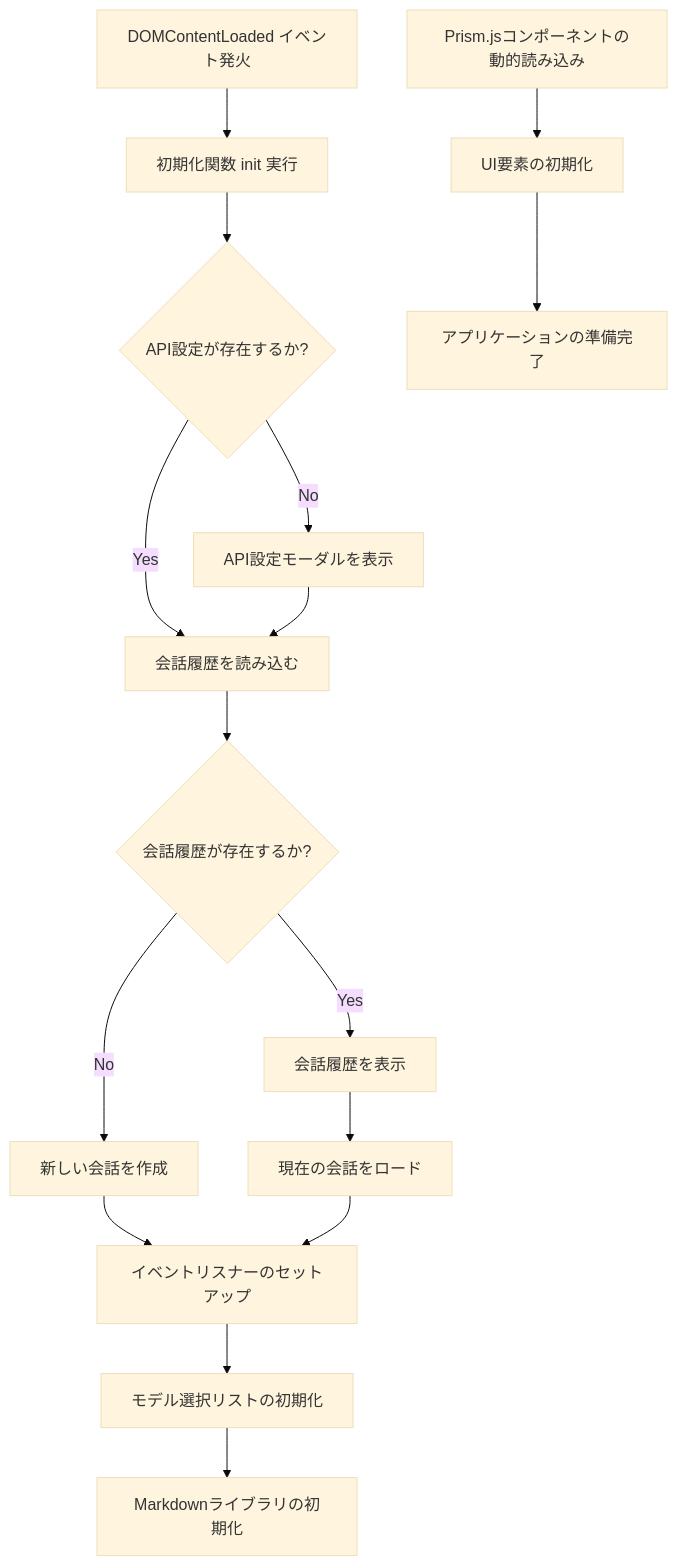
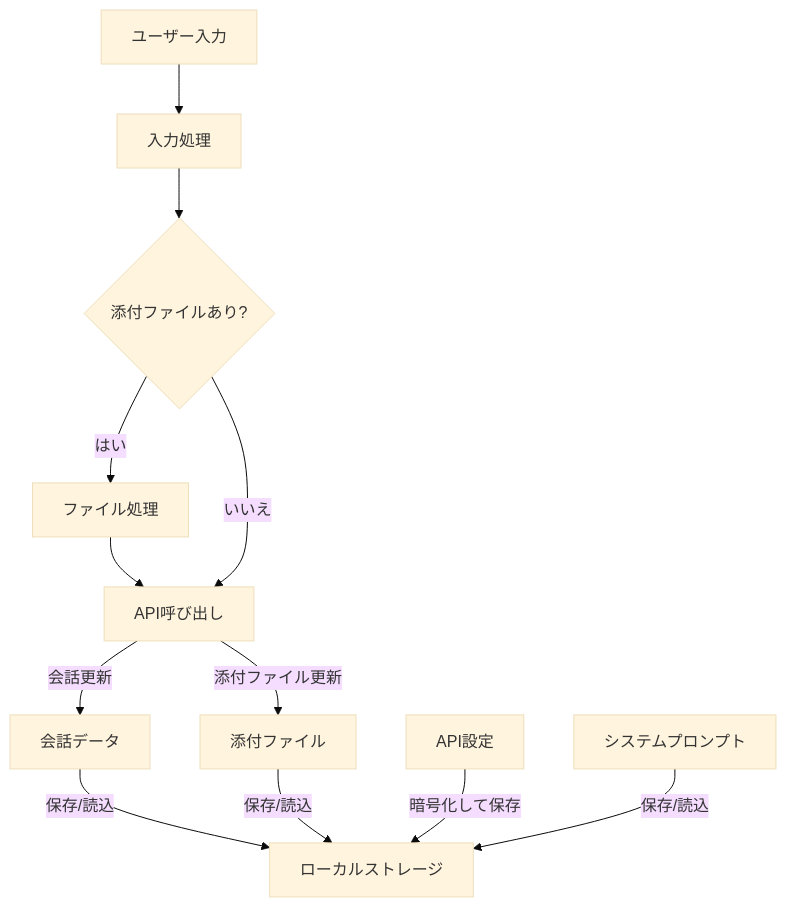
One commit to SuperPyonchiX/ChatBot changed the second of 9 diagrams in ChatBot_設計仕様書.md. Above: the diagram before and after it, drawn with Mermaid (base theme). The commit also changed other lines of this file, not shown here.

````diff
--- a/ChatBot_設計仕様書.md
+++ b/ChatBot_設計仕様書.md
@@ -284,18 +632,16 @@
 ```mermaid
 flowchart TD
-    A[DOMContentLoaded イベント発火] --> B[初期化関数 init 実行]
-    B --> C{API設定が存在するか?}
-    C -->|No| D[API設定モーダルを表示]
-    C -->|Yes| E[会話履歴を読み込む]
-    D --> E
-    E --> F{会話履歴が存在するか?}
-    F -->|Yes| G[会話履歴を表示]
-    F -->|No| H[新しい会話を作成]
-    G --> I[現在の会話をロード]
-    H --> J[イベントリスナーのセットアップ]
-    I --> J
-    J --> K[モデル選択リストの初期化]
-    K --> L[Markdownライブラリの初期化]
-    M[Prism.jsコンポーネントの動的読み込み] --> N[UI要素の初期化]
-    N --> O[アプリケーションの準備完了]
+    A[会話データ] -- "保存/読込" --> B[ローカルストレージ]
+    C[添付ファイル] -- "保存/読込" --> B
+    D[API設定] -- "暗号化して保存" --> B
+    E[システムプロンプト] -- "保存/読込" --> B
+    
+    F[ユーザー入力] --> G[入力処理]
+    G --> H{添付ファイルあり?}
+    H -- "はい" --> I[ファイル処理]
+    I --> J[API呼び出し]
+    H -- "いいえ" --> J
+    
+    J -- "会話更新" --> A
+    J -- "添付ファイル更新" --> C
 ```
````
